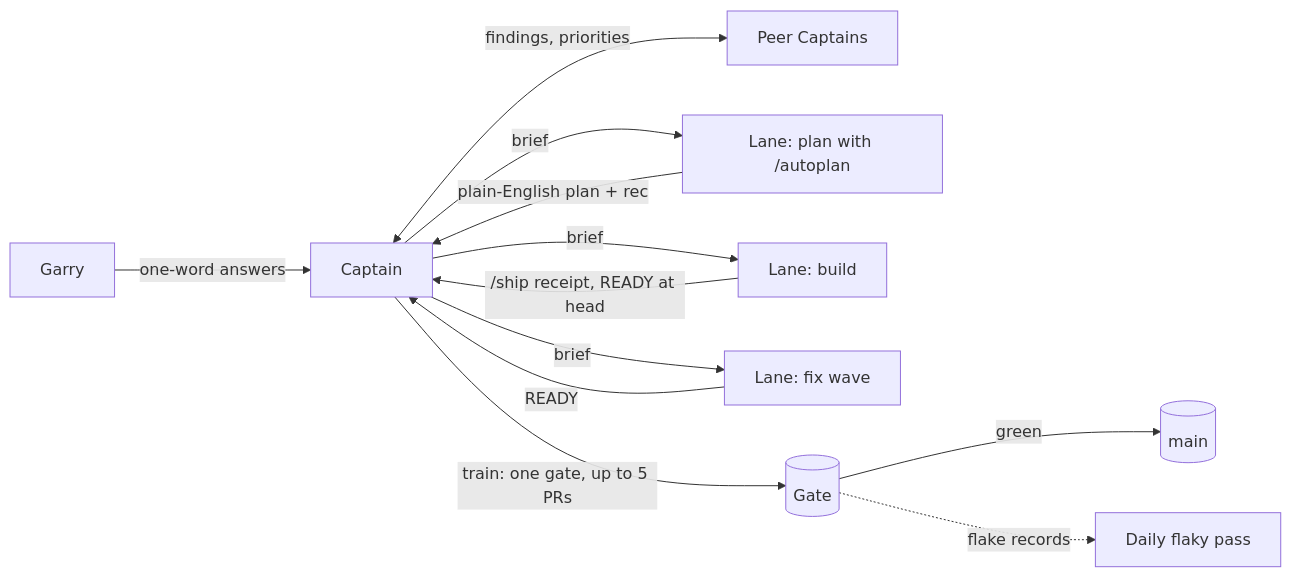
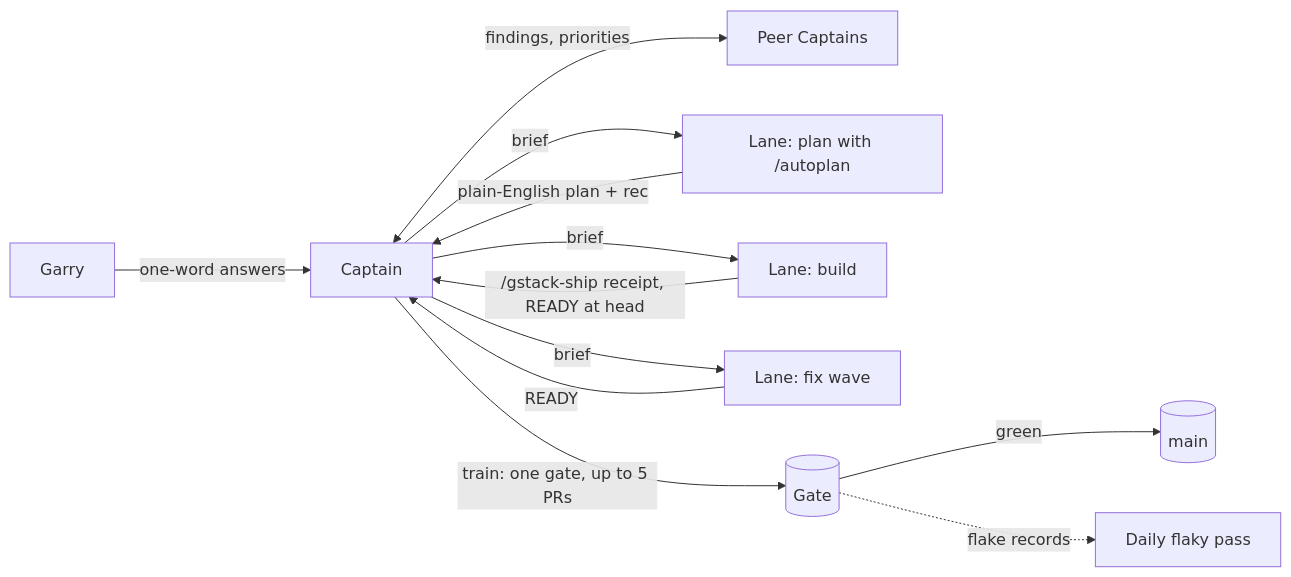
The diagram in capy/README.md (garrytan/gstack), drawn with Mermaid before and after one commit. The commit also changed other lines of this file and 251 other files, not shown here.

Commit message:
Install gstack's shipping skill as /gstack-ship so Claude Code's built-in /ship no longer hides it (#4775)

````diff
--- a/capy/README.md
+++ b/capy/README.md
@@ -68,14 +68,14 @@
 ```mermaid
 flowchart LR
   G[Garry] -->|one-word answers| C[Captain]
   C <-->|findings, priorities| P[Peer Captains]
   C -->|brief| L1[Lane: plan with /autoplan]
   C -->|brief| L2[Lane: build]
   C -->|brief| L3[Lane: fix wave]
   L1 -->|plain-English plan + rec| C
-  L2 -->|/ship receipt, READY at head| C
+  L2 -->|/gstack-ship receipt, READY at head| C
   L3 -->|READY| C
   C -->|train: one gate, up to 5 PRs| T[(Gate)]
   T -->|green| M[(main)]
   T -.->|flake records| F[Daily flaky pass]
 ```
````
